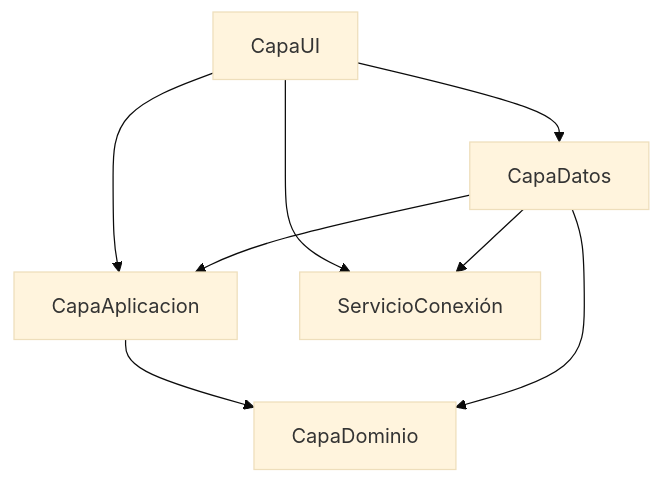
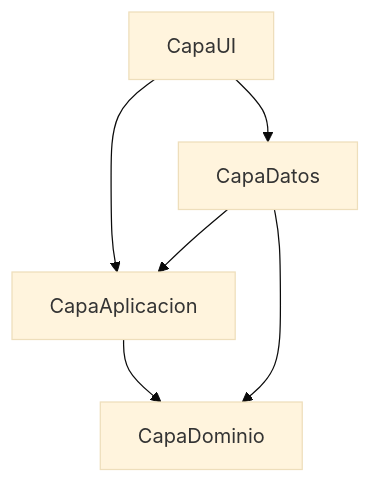
One commit to emanuelmartinez00429/BimboProyecto changed the diagram in contexto/40 - Proyecto Bimbo/Arquitectura Actual.md. Above: the diagram before and after it, drawn with Mermaid (base theme). The commit also changed other lines of this file and 5 other files, not shown here.

````diff
--- a/contexto/40 - Proyecto Bimbo/Arquitectura Actual.md
+++ b/contexto/40 - Proyecto Bimbo/Arquitectura Actual.md
@@ -81,10 +81,8 @@
 ```mermaid
 graph TD
     UI[CapaUI] --> APP[CapaAplicacion]
     UI --> DAT[CapaDatos]
     APP --> DOM[CapaDominio]
     DAT --> DOM
     DAT --> APP
-    UI --> CONN[ServicioConexión]
-    DAT --> CONN
 ```
````
